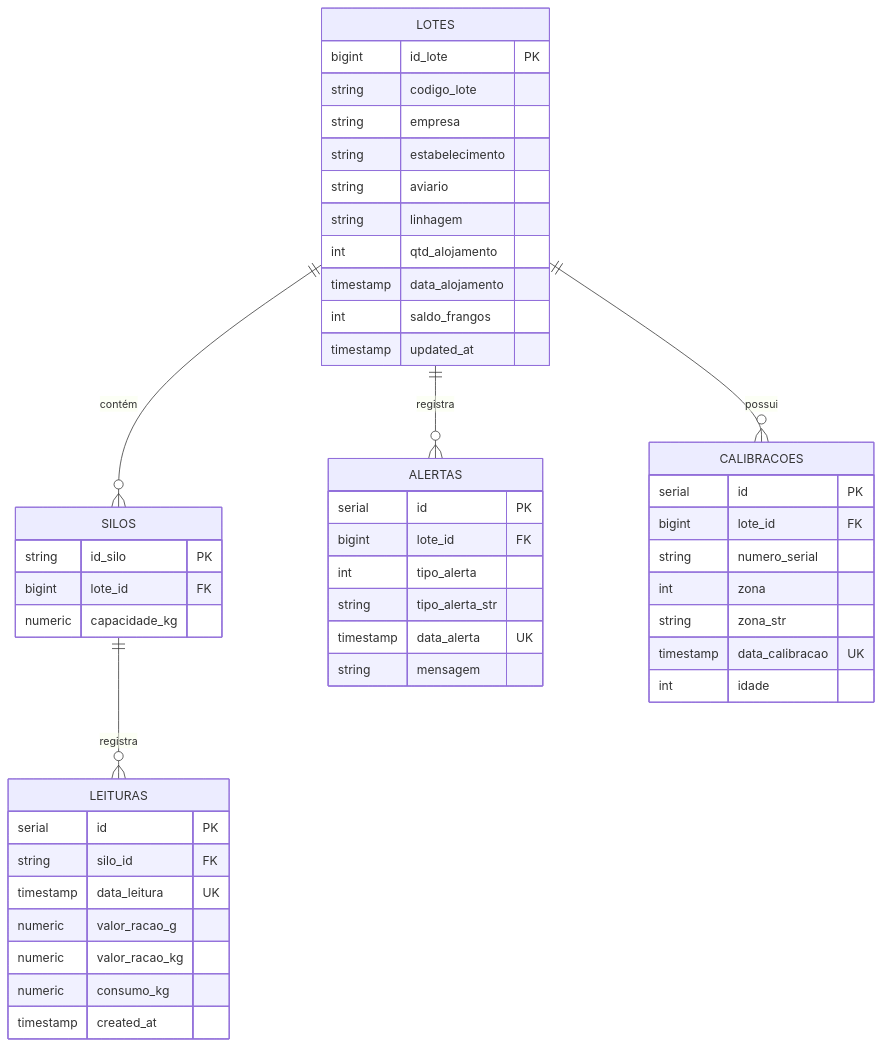
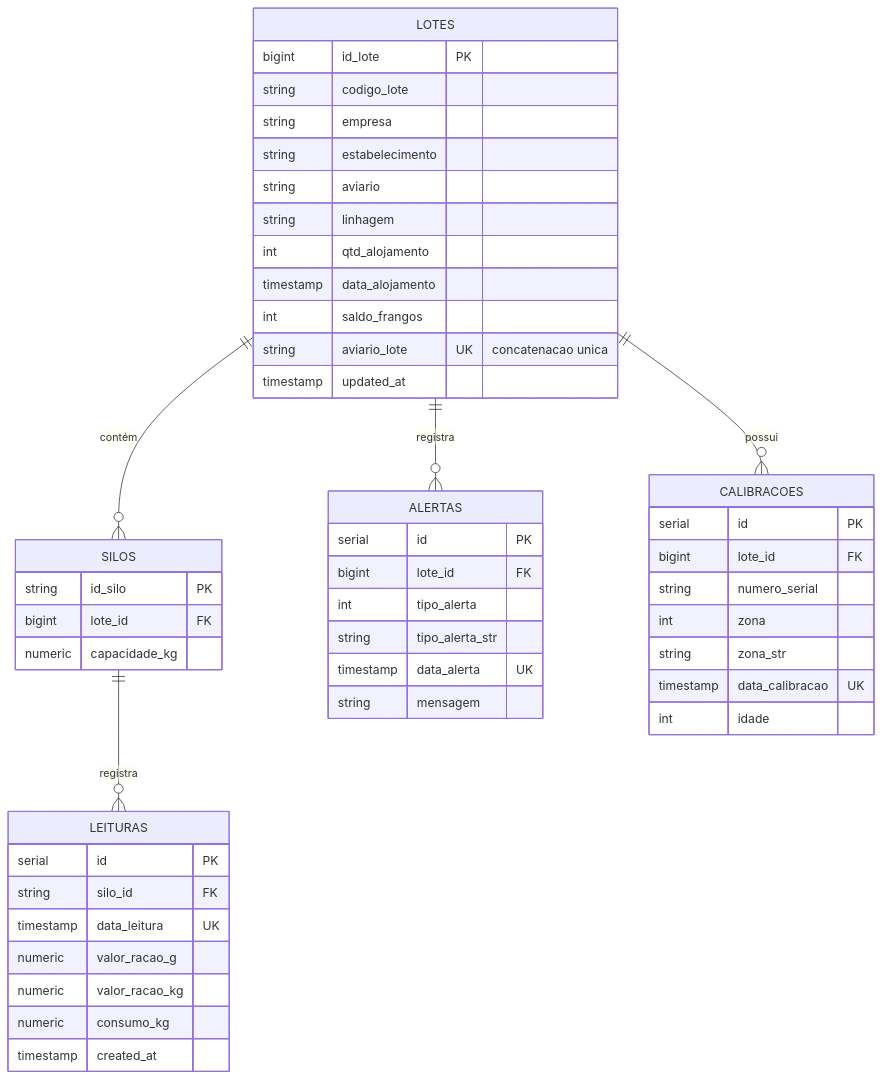
The diagram in knowledge/architecture.md (brunocorisco86/AgrisolusScraper), drawn with Mermaid before and after one commit. The commit also changed other lines of this file and 1 other file, not shown here.

Commit message:
Refine documentation: update architecture.md and supabase_tutorial.md for SDK connection and Option B

````diff
--- a/knowledge/architecture.md
+++ b/knowledge/architecture.md
@@ -37,55 +37,56 @@
 ```mermaid
 erDiagram
     LOTES ||--o{ SILOS : "contém"
     LOTES ||--o{ ALERTAS : "registra"
     LOTES ||--o{ CALIBRACOES : "possui"
     SILOS ||--o{ LEITURAS : "registra"
 
     LOTES {
         bigint id_lote PK
         string codigo_lote
         string empresa
         string estabelecimento
         string aviario
         string linhagem
         int qtd_alojamento
         timestamp data_alojamento
         int saldo_frangos
+        string aviario_lote UK "concatenacao unica"
         timestamp updated_at
     }
 
     SILOS {
         string id_silo PK
         bigint lote_id FK
         numeric capacidade_kg
     }
 
     LEITURAS {
         serial id PK
         string silo_id FK
         timestamp data_leitura UK
         numeric valor_racao_g
         numeric valor_racao_kg
         numeric consumo_kg
         timestamp created_at
     }
 
     ALERTAS {
         serial id PK
         bigint lote_id FK
         int tipo_alerta
         string tipo_alerta_str
         timestamp data_alerta UK
         string mensagem
     }
 
     CALIBRACOES {
         serial id PK
         bigint lote_id FK
         string numero_serial
         int zona
         string zona_str
         timestamp data_calibracao UK
         int idade
     }
 ```
````
